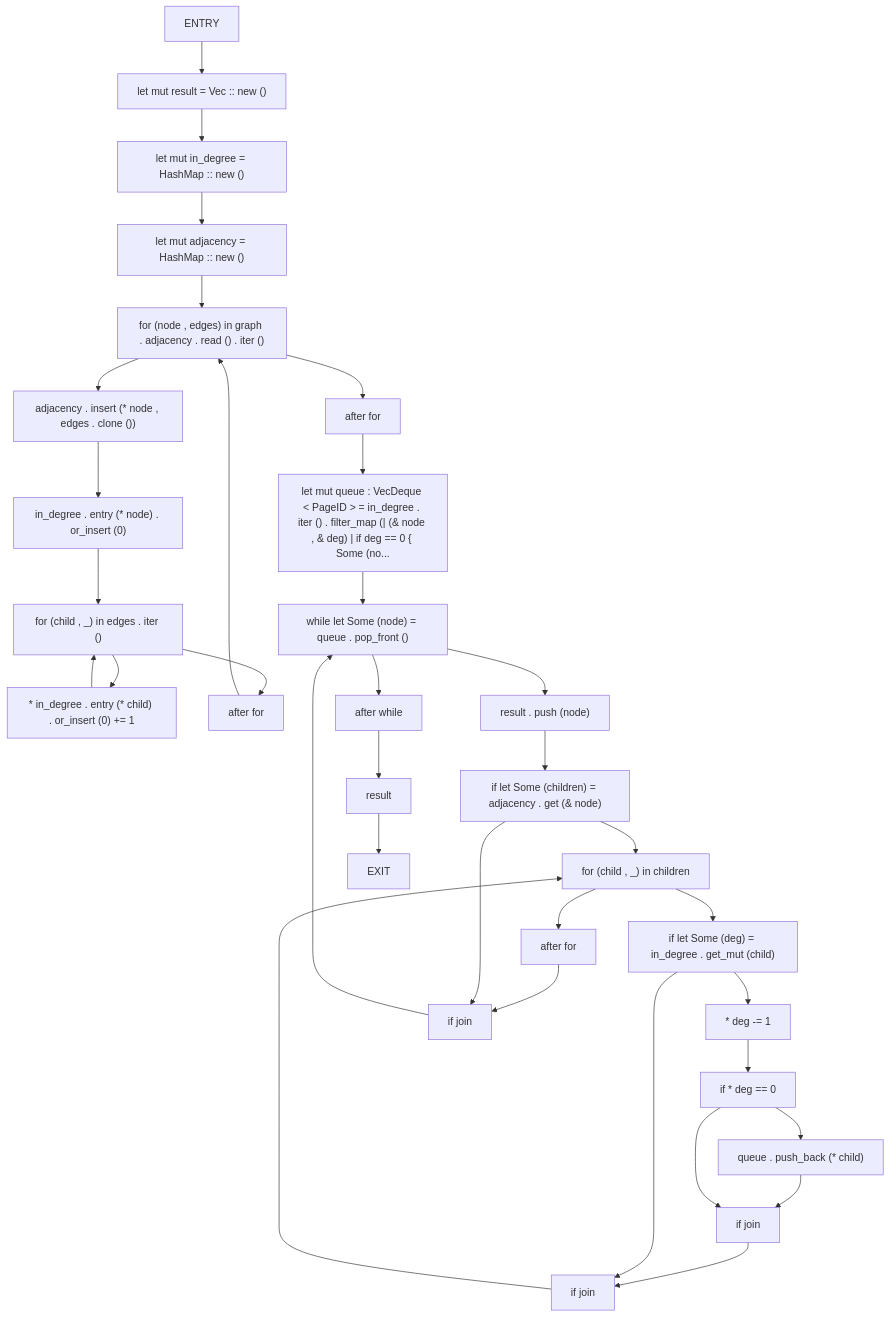
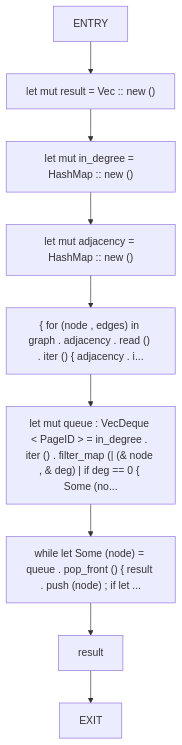
Before and after one commit to cicero-violate/MMSB: the eighth of 8 diagrams in docs/analysis/cfg/030-src-03_dag.md, drawn with Mermaid. The commit also changed other lines of this file and 865 other files, not shown here.

````diff
--- a/docs/analysis/cfg/030-src-03_dag.md
+++ b/docs/analysis/cfg/030-src-03_dag.md
@@ -324,63 +258,20 @@
 ```mermaid
 flowchart TD
     topological_sort_0["ENTRY"]
     topological_sort_1["let mut result = Vec :: new ()"]
     topological_sort_2["let mut in_degree = HashMap :: new ()"]
     topological_sort_3["let mut adjacency = HashMap :: new ()"]
-    topological_sort_4["for (node , edges) in graph . adjacency . read () . iter ()"]
-    topological_sort_5["adjacency . insert (* node , edges . clone ())"]
-    topological_sort_6["in_degree . entry (* node) . or_insert (0)"]
-    topological_sort_7["for (child , _) in edges . iter ()"]
-    topological_sort_8["* in_degree . entry (* child) . or_insert (0) += 1"]
-    topological_sort_9["after for"]
-    topological_sort_10["after for"]
-    topological_sort_11["let mut queue : VecDeque < PageID > = in_degree . iter () . filter_map (| (& node , & deg) | if deg == 0 { Some (no..."]
-    topological_sort_12["while let Some (node) = queue . pop_front ()"]
-    topological_sort_13["result . push (node)"]
-    topological_sort_14["if let Some (children) = adjacency . get (& node)"]
-    topological_sort_15["for (child , _) in children"]
-    topological_sort_16["if let Some (deg) = in_degree . get_mut (child)"]
-    topological_sort_17["* deg -= 1"]
-    topological_sort_18["if * deg == 0"]
-    topological_sort_19["queue . push_back (* child)"]
-    topological_sort_20["if join"]
-    topological_sort_21["if join"]
-    topological_sort_22["after for"]
-    topological_sort_23["if join"]
-    topological_sort_24["after while"]
-    topological_sort_25["result"]
-    topological_sort_26["EXIT"]
+    topological_sort_4["{ for (node , edges) in graph . adjacency . read () . iter () { adjacency . i..."]
+    topological_sort_5["let mut queue : VecDeque < PageID > = in_degree . iter () . filter_map (| (& node , & deg) | if deg == 0 { Some (no..."]
+    topological_sort_6["while let Some (node) = queue . pop_front () { result . push (node) ; if let ..."]
+    topological_sort_7["result"]
+    topological_sort_8["EXIT"]
     topological_sort_0 --> topological_sort_1
     topological_sort_1 --> topological_sort_2
     topological_sort_2 --> topological_sort_3
     topological_sort_3 --> topological_sort_4
     topological_sort_4 --> topological_sort_5
     topological_sort_5 --> topological_sort_6
     topological_sort_6 --> topological_sort_7
     topological_sort_7 --> topological_sort_8
-    topological_sort_8 --> topological_sort_7
-    topological_sort_7 --> topological_sort_9
-    topological_sort_9 --> topological_sort_4
-    topological_sort_4 --> topological_sort_10
-    topological_sort_10 --> topological_sort_11
-    topological_sort_11 --> topological_sort_12
-    topological_sort_12 --> topological_sort_13
-    topological_sort_13 --> topological_sort_14
-    topological_sort_14 --> topological_sort_15
-    topological_sort_15 --> topological_sort_16
-    topological_sort_16 --> topological_sort_17
-    topological_sort_17 --> topological_sort_18
-    topological_sort_18 --> topological_sort_19
-    topological_sort_19 --> topological_sort_20
-    topological_sort_18 --> topological_sort_20
-    topological_sort_20 --> topological_sort_21
-    topological_sort_16 --> topological_sort_21
-    topological_sort_21 --> topological_sort_15
-    topological_sort_15 --> topological_sort_22
-    topological_sort_22 --> topological_sort_23
-    topological_sort_14 --> topological_sort_23
-    topological_sort_23 --> topological_sort_12
-    topological_sort_12 --> topological_sort_24
-    topological_sort_24 --> topological_sort_25
-    topological_sort_25 --> topological_sort_26
 ```
````
